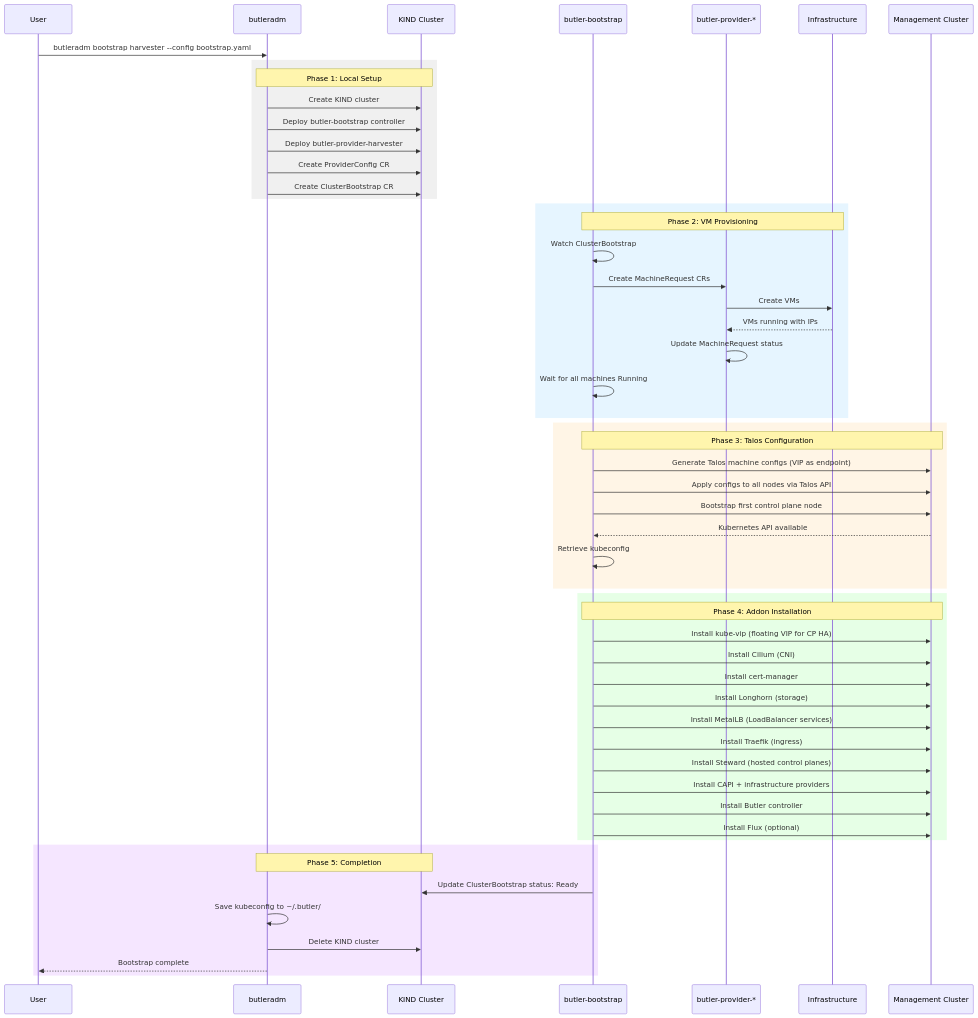
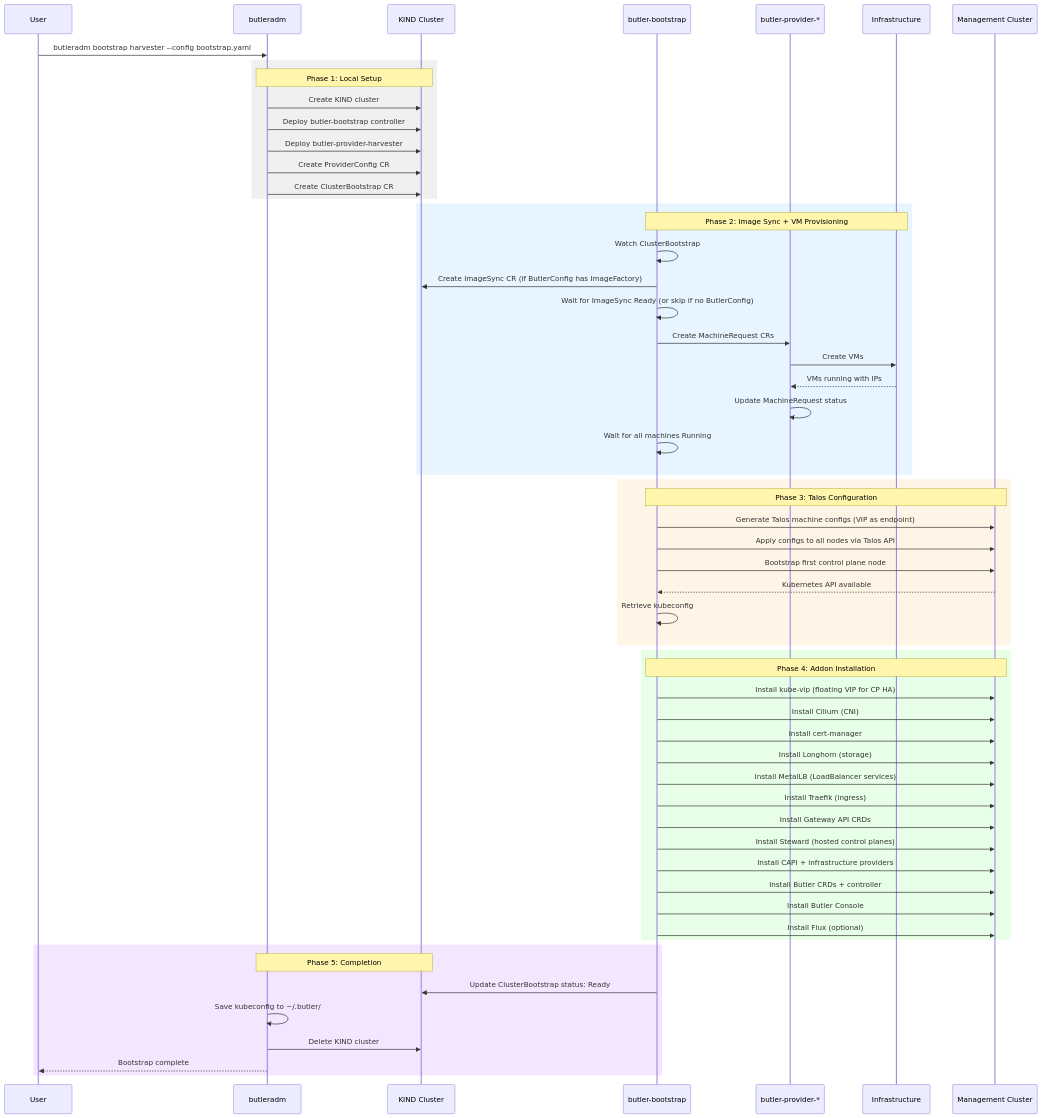
The first of 2 diagrams in docs/architecture/bootstrap-flow.md (butlerdotdev/butler), drawn with Mermaid before and after one commit. The commit also changed other lines of this file and 8 other files, not shown here.

````diff
--- a/docs/architecture/bootstrap-flow.md
+++ b/docs/architecture/bootstrap-flow.md
@@ -39,62 +39,66 @@
 ```mermaid
 sequenceDiagram
     participant User
     participant CLI as butleradm
     participant KIND as KIND Cluster
     participant Bootstrap as butler-bootstrap
     participant Provider as butler-provider-*
     participant Infra as Infrastructure
     participant MC as Management Cluster
 
     User->>CLI: butleradm bootstrap harvester --config bootstrap.yaml
 
     rect rgb(240, 240, 240)
         Note over CLI,KIND: Phase 1: Local Setup
         CLI->>KIND: Create KIND cluster
         CLI->>KIND: Deploy butler-bootstrap controller
         CLI->>KIND: Deploy butler-provider-harvester
         CLI->>KIND: Create ProviderConfig CR
         CLI->>KIND: Create ClusterBootstrap CR
     end
 
     rect rgb(230, 245, 255)
-        Note over Bootstrap,Infra: Phase 2: VM Provisioning
+        Note over Bootstrap,Infra: Phase 2: Image Sync + VM Provisioning
         Bootstrap->>Bootstrap: Watch ClusterBootstrap
+        Bootstrap->>KIND: Create ImageSync CR (if ButlerConfig has ImageFactory)
+        Bootstrap->>Bootstrap: Wait for ImageSync Ready (or skip if no ButlerConfig)
         Bootstrap->>Provider: Create MachineRequest CRs
         Provider->>Infra: Create VMs
         Infra-->>Provider: VMs running with IPs
         Provider->>Provider: Update MachineRequest status
         Bootstrap->>Bootstrap: Wait for all machines Running
     end
 
     rect rgb(255, 245, 230)
         Note over Bootstrap,MC: Phase 3: Talos Configuration
         Bootstrap->>MC: Generate Talos machine configs (VIP as endpoint)
         Bootstrap->>MC: Apply configs to all nodes via Talos API
         Bootstrap->>MC: Bootstrap first control plane node
         MC-->>Bootstrap: Kubernetes API available
         Bootstrap->>Bootstrap: Retrieve kubeconfig
     end
 
     rect rgb(230, 255, 230)
         Note over Bootstrap,MC: Phase 4: Addon Installation
         Bootstrap->>MC: Install kube-vip (floating VIP for CP HA)
         Bootstrap->>MC: Install Cilium (CNI)
         Bootstrap->>MC: Install cert-manager
         Bootstrap->>MC: Install Longhorn (storage)
         Bootstrap->>MC: Install MetalLB (LoadBalancer services)
         Bootstrap->>MC: Install Traefik (ingress)
+        Bootstrap->>MC: Install Gateway API CRDs
         Bootstrap->>MC: Install Steward (hosted control planes)
         Bootstrap->>MC: Install CAPI + infrastructure providers
-        Bootstrap->>MC: Install Butler controller
+        Bootstrap->>MC: Install Butler CRDs + controller
+        Bootstrap->>MC: Install Butler Console
         Bootstrap->>MC: Install Flux (optional)
     end
 
     rect rgb(245, 230, 255)
         Note over CLI,KIND: Phase 5: Completion
         Bootstrap->>KIND: Update ClusterBootstrap status: Ready
         CLI->>CLI: Save kubeconfig to ~/.butler/
         CLI->>KIND: Delete KIND cluster
         CLI-->>User: Bootstrap complete
     end
 ```
````
